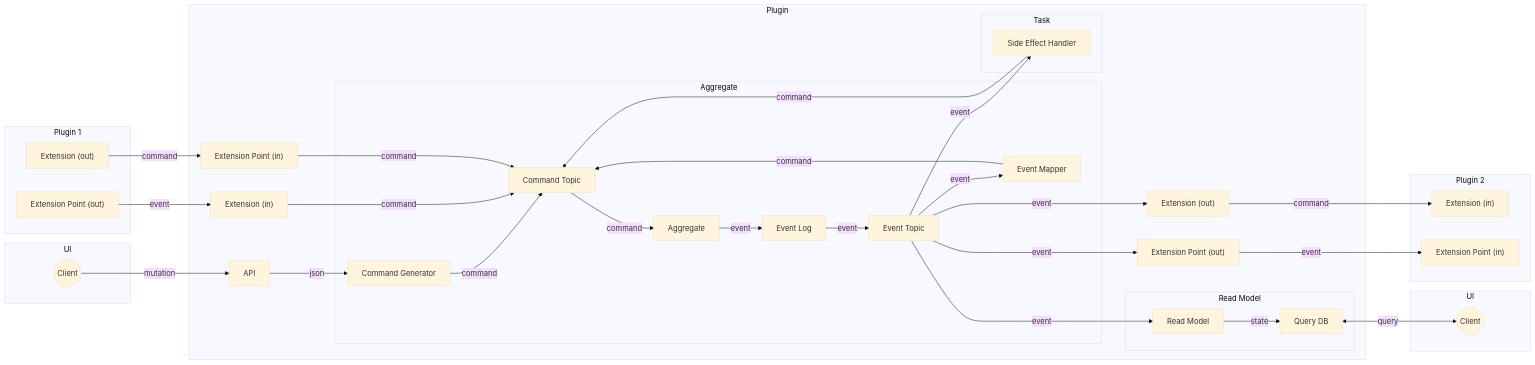
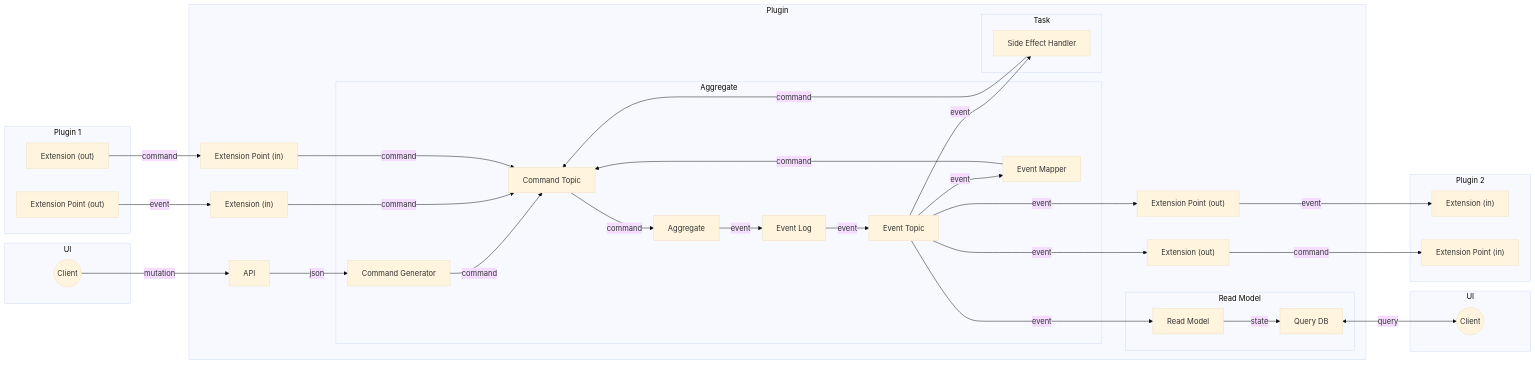
Before and after one commit to ReventlessDev/reventless-core: the first of 2 diagrams in packages/doc/docs/reventless-components/component_relations.md, drawn with Mermaid (base theme). The commit also changed other lines of this file and 6 other files, not shown here.

````diff
--- a/packages/doc/docs/reventless-components/component_relations.md
+++ b/packages/doc/docs/reventless-components/component_relations.md
@@ -15,73 +15,76 @@
 ```mermaid
 flowchart LR
 subgraph Plugin1 [Plugin 1]
   Plugin1Extension["Extension (out)"]
   Plugin1ExtensionPoint["Extension Point (out)"]
 end
 
 subgraph UiRequest [UI]
   UiClientRequest((Client))
 end
 
 subgraph Plugin
   Api[API]
   ExtensionIn["Extension (in)"]
   ExtensionOut["Extension (out)"]
   ExtensionPointIn["Extension Point (in)"]
   ExtensionPointOut["Extension Point (out)"]
 
   subgraph AggregateSub [Aggregate]
     Aggregate[Aggregate]:::aggregate
     CommandGenerator[Command Generator]
     CommandTopic[Command Topic]
     EventLog[Event Log]
-    EventMapper[Event Mapper]
+    EventMapper[Event Mapper]:::eventmapper
     EventTopic[Event Topic]
 
     Aggregate -->|event| EventLog
     EventLog -->|event| EventTopic
   end
+  AggregateSub:::aggregate
 
   subgraph ReadModelSub [Read Model]
-    ReadModel[Read Model]
+    ReadModel[Read Model]:::readmodel
     QueryDb[Query DB]
 
     ReadModel -->|state| QueryDb
   end
+  ReadModelSub:::readmodel
 
   subgraph Task
-    SideEffectHandler[Side Effect Handler]
+    SideEffectHandler[Side Effect Handler]:::sideeffecthandler
 
     SideEffectHandler -->|command| CommandTopic
     EventTopic -->|event| SideEffectHandler
   end
+  Task:::task
 
   Api -->|json| CommandGenerator
   CommandGenerator -->|command| CommandTopic
   CommandTopic -->|command| Aggregate
   EventMapper -->|command| CommandTopic
   EventTopic --->|event| ExtensionOut
   EventTopic --->|event| ExtensionPointOut
   EventTopic --->|event| ReadModel
   EventTopic -->|event| EventMapper
   ExtensionIn --->|command| CommandTopic
   ExtensionPointIn --->|command| CommandTopic
   Plugin1Extension -->|command| ExtensionPointIn
   Plugin1ExtensionPoint -->|event| ExtensionIn
   UiClientRequest -->|mutation| Api
 end
 
 subgraph Plugin2 [Plugin 2]
   Plugin2Extension["Extension (in)"]
   Plugin2ExtensionPoint["Extension Point (in)"]
 
-  ExtensionOut --->|command| Plugin2Extension
-  ExtensionPointOut --->|event| Plugin2ExtensionPoint
+  ExtensionOut --->|command| Plugin2ExtensionPoint
+  ExtensionPointOut --->|event| Plugin2Extension
 end
 
 subgraph UiQuery [UI]
   UiClientQuery((Client))
   QueryDb <-->|query| UiClientQuery
 end
 
 ```
````
